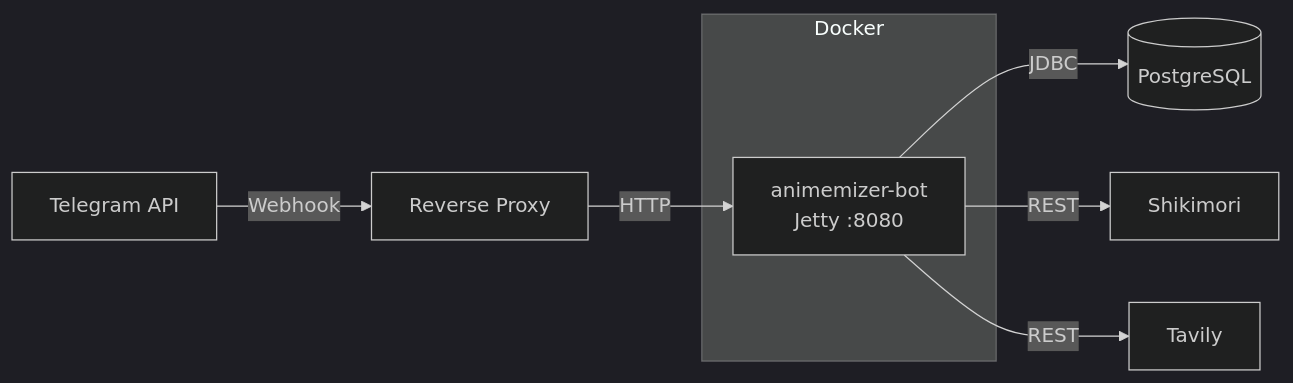
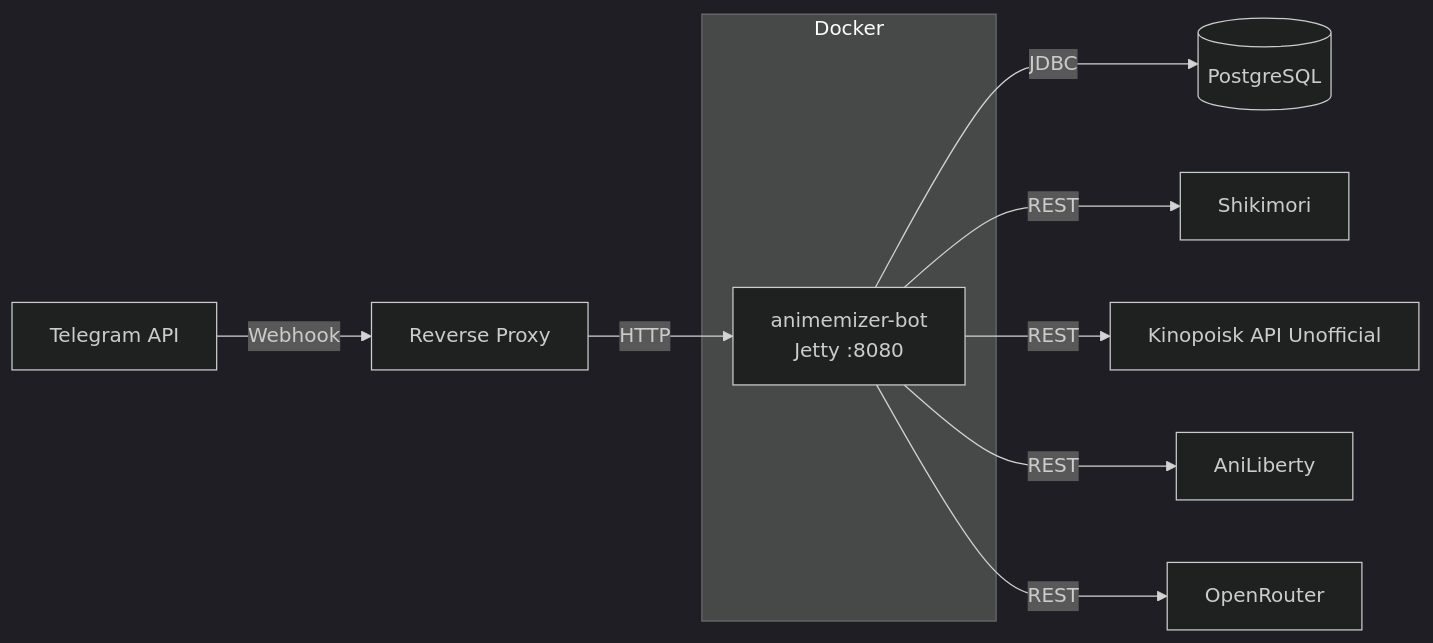
One commit to ProZeroByte/animemizer-bot changed the third of 3 diagrams in README.md. Above: the diagram before and after it, drawn with Mermaid (dark theme). The commit also changed other lines of this file and 43 other files, not shown here.

First line of the commit message:
Replace Tavily watch-link resolution with Kinopoisk and AniLiberty

````diff
--- a/README.md
+++ b/README.md
@@ -189,12 +192,14 @@
 ```mermaid
 graph LR
     TG[Telegram API] -->|Webhook| RP[Reverse Proxy]
     RP -->|HTTP| BOT[animemizer-bot<br/>Jetty :8080]
     BOT -->|JDBC| PG[(PostgreSQL)]
     BOT -->|REST| SH[Shikimori]
-    BOT -->|REST| TV[Tavily]
+    BOT -->|REST| KP[Kinopoisk API Unofficial]
+    BOT -->|REST| AL[AniLiberty]
+    BOT -->|REST| OR[OpenRouter]
 
     subgraph Docker
         BOT
     end
 ```
````
